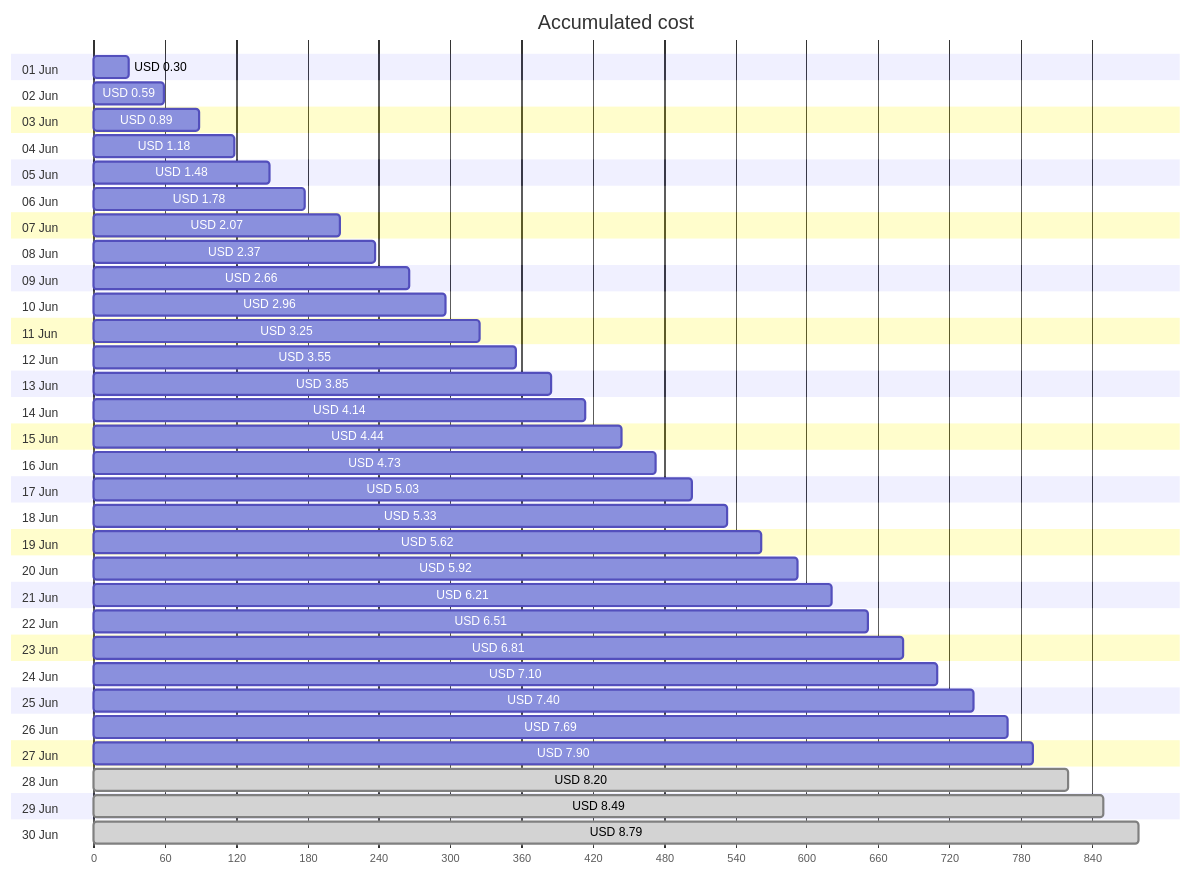
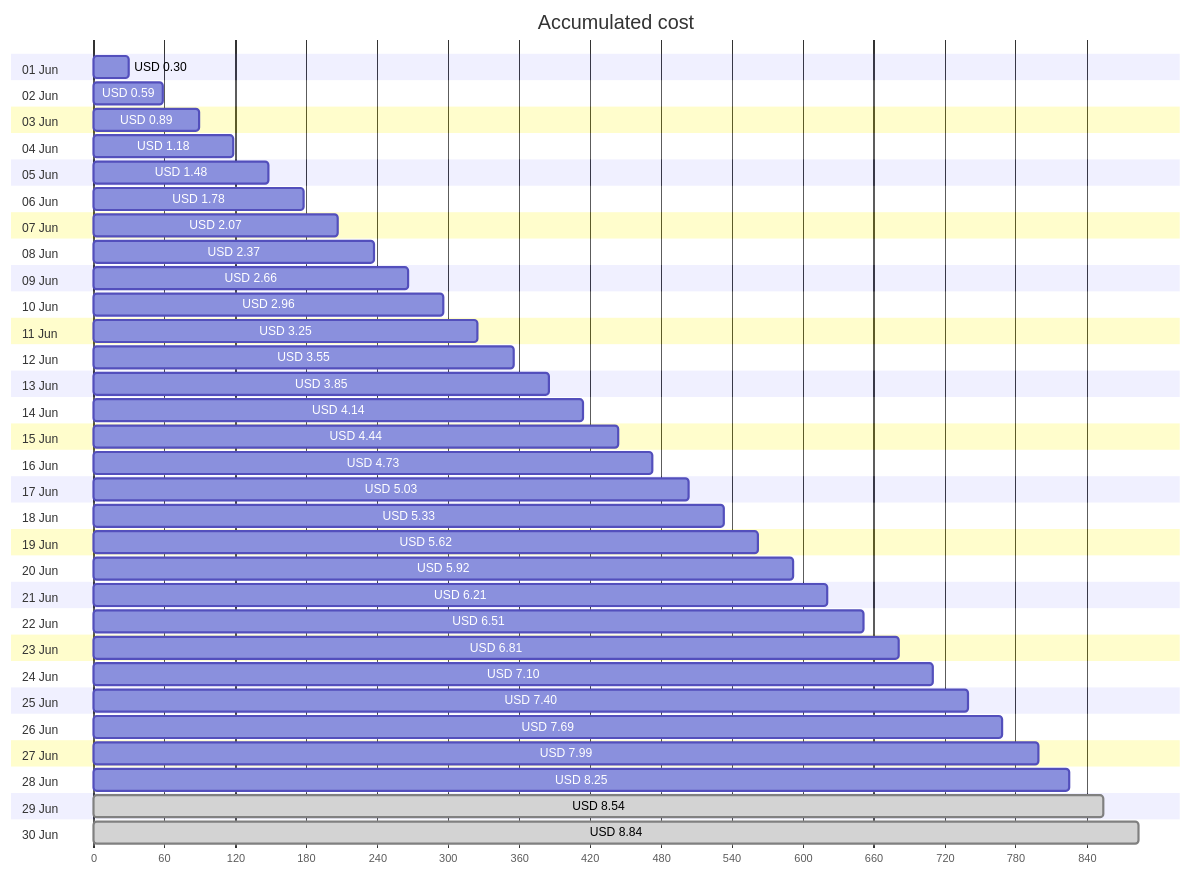
One commit to jpfulton/azure-personal-reports changed the first of 4 diagrams in cost-reports/personal-site/personal-site-preview.md. Above: the diagram before and after it, drawn with Mermaid. The commit also changed other lines of this file and 6 other files, not shown here.

````diff
--- a/cost-reports/personal-site/personal-site-preview.md
+++ b/cost-reports/personal-site/personal-site-preview.md
@@ -20,66 +20,66 @@
 ```mermaid
 gantt
    title Accumulated cost
    dateFormat  X
    axisFormat %s
    section 01 Jun
    USD 0.30 :0, 30
    section 02 Jun
    USD 0.59 :0, 59
    section 03 Jun
    USD 0.89 :0, 89
    section 04 Jun
    USD 1.18 :0, 118
    section 05 Jun
    USD 1.48 :0, 148
    section 06 Jun
    USD 1.78 :0, 178
    section 07 Jun
    USD 2.07 :0, 207
    section 08 Jun
    USD 2.37 :0, 237
    section 09 Jun
    USD 2.66 :0, 266
    section 10 Jun
    USD 2.96 :0, 296
    section 11 Jun
    USD 3.25 :0, 325
    section 12 Jun
    USD 3.55 :0, 355
    section 13 Jun
    USD 3.85 :0, 385
    section 14 Jun
    USD 4.14 :0, 414
    section 15 Jun
    USD 4.44 :0, 444
    section 16 Jun
    USD 4.73 :0, 473
    section 17 Jun
    USD 5.03 :0, 503
    section 18 Jun
    USD 5.33 :0, 533
    section 19 Jun
    USD 5.62 :0, 562
    section 20 Jun
    USD 5.92 :0, 592
    section 21 Jun
    USD 6.21 :0, 621
    section 22 Jun
    USD 6.51 :0, 651
    section 23 Jun
    USD 6.81 :0, 681
    section 24 Jun
    USD 7.10 :0, 710
    section 25 Jun
    USD 7.40 :0, 740
    section 26 Jun
    USD 7.69 :0, 769
    section 27 Jun
-   USD 7.90 :0, 790
+   USD 7.99 :0, 799
    section 28 Jun
-   USD 8.20 : done, 0, 820
+   USD 8.25 :0, 825
    section 29 Jun
-   USD 8.49 : done, 0, 849
+   USD 8.54 : done, 0, 854
    section 30 Jun
-   USD 8.79 : done, 0, 879
+   USD 8.84 : done, 0, 884
 ```
````
